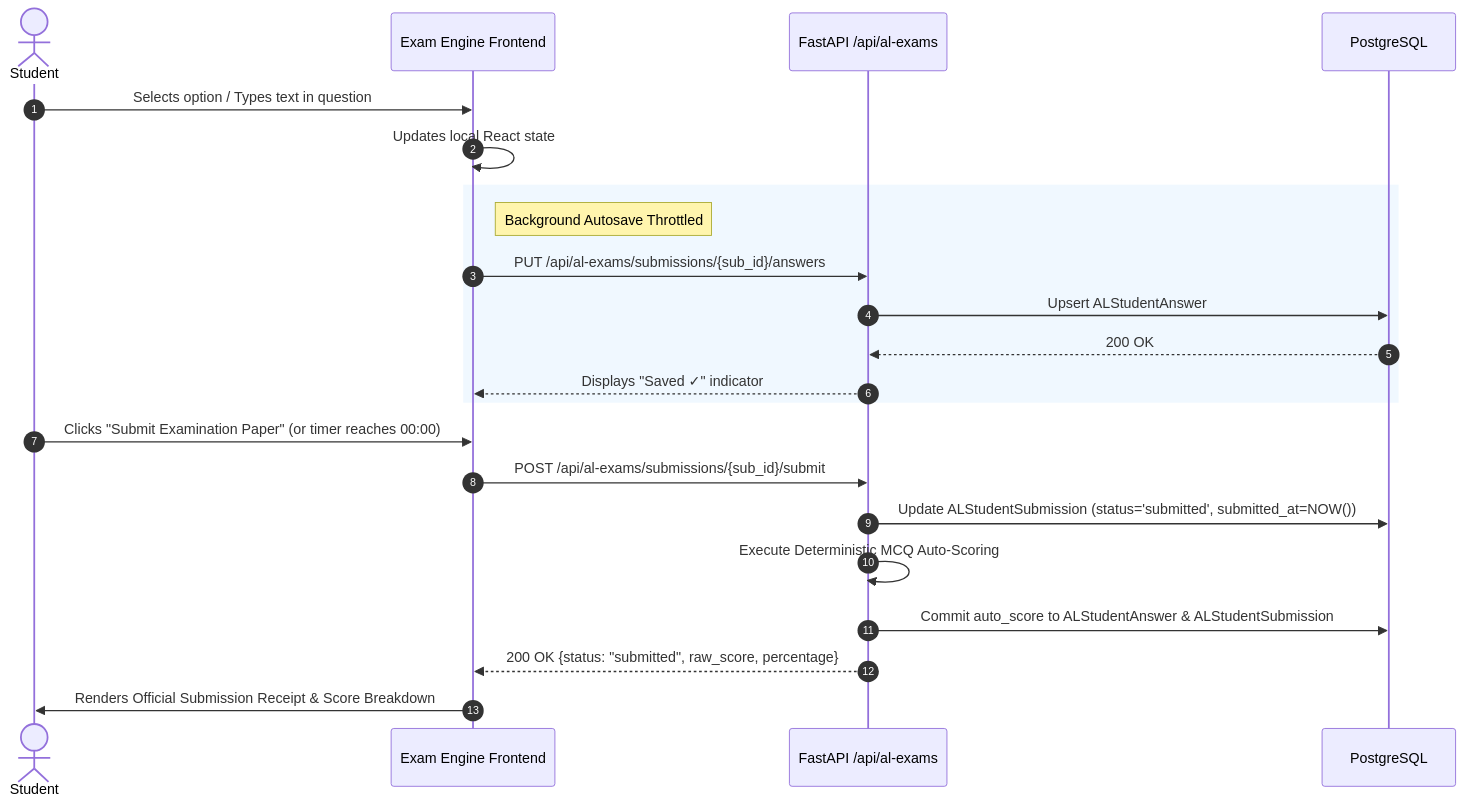
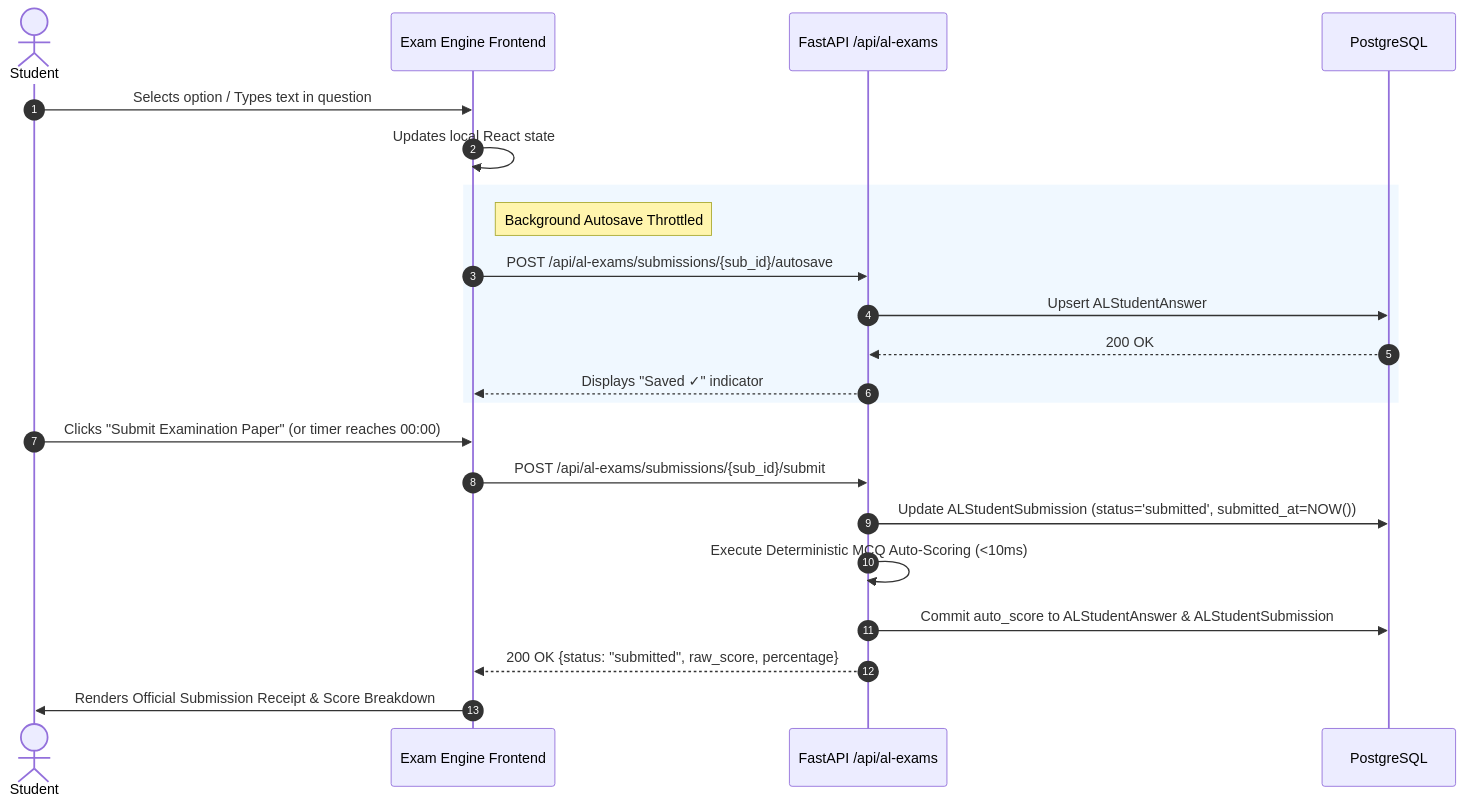
Before and after one commit to dazai2003/lumora_LMS: the second of 2 diagrams in technical-documentation/13_STUDENT_EXAM_EXECUTION.md, drawn with Mermaid. The commit also changed other lines of this file and 261 other files, not shown here.

````diff
--- a/technical-documentation/13_STUDENT_EXAM_EXECUTION.md
+++ b/technical-documentation/13_STUDENT_EXAM_EXECUTION.md
@@ -48,29 +88,29 @@
 ```mermaid
 sequenceDiagram
     autonumber
     actor Student as Student
     participant UI as Exam Engine Frontend
     participant API as FastAPI /api/al-exams
     participant DB as PostgreSQL
 
     Student->>UI: Selects option / Types text in question
     UI->>UI: Updates local React state
     
     rect rgb(240, 248, 255)
         note right of UI: Background Autosave Throttled
-        UI->>API: PUT /api/al-exams/submissions/{sub_id}/answers
+        UI->>API: POST /api/al-exams/submissions/{sub_id}/autosave
         API->>DB: Upsert ALStudentAnswer
         DB-->>API: 200 OK
         API-->>UI: Displays "Saved ✓" indicator
     end
 
     Student->>UI: Clicks "Submit Examination Paper" (or timer reaches 00:00)
     UI->>API: POST /api/al-exams/submissions/{sub_id}/submit
     API->>DB: Update ALStudentSubmission (status='submitted', submitted_at=NOW())
     
-    API->>API: Execute Deterministic MCQ Auto-Scoring
+    API->>API: Execute Deterministic MCQ Auto-Scoring (<10ms)
     API->>DB: Commit auto_score to ALStudentAnswer & ALStudentSubmission
     
     API-->>UI: 200 OK {status: "submitted", raw_score, percentage}
     UI->>Student: Renders Official Submission Receipt & Score Breakdown
 ```
````
